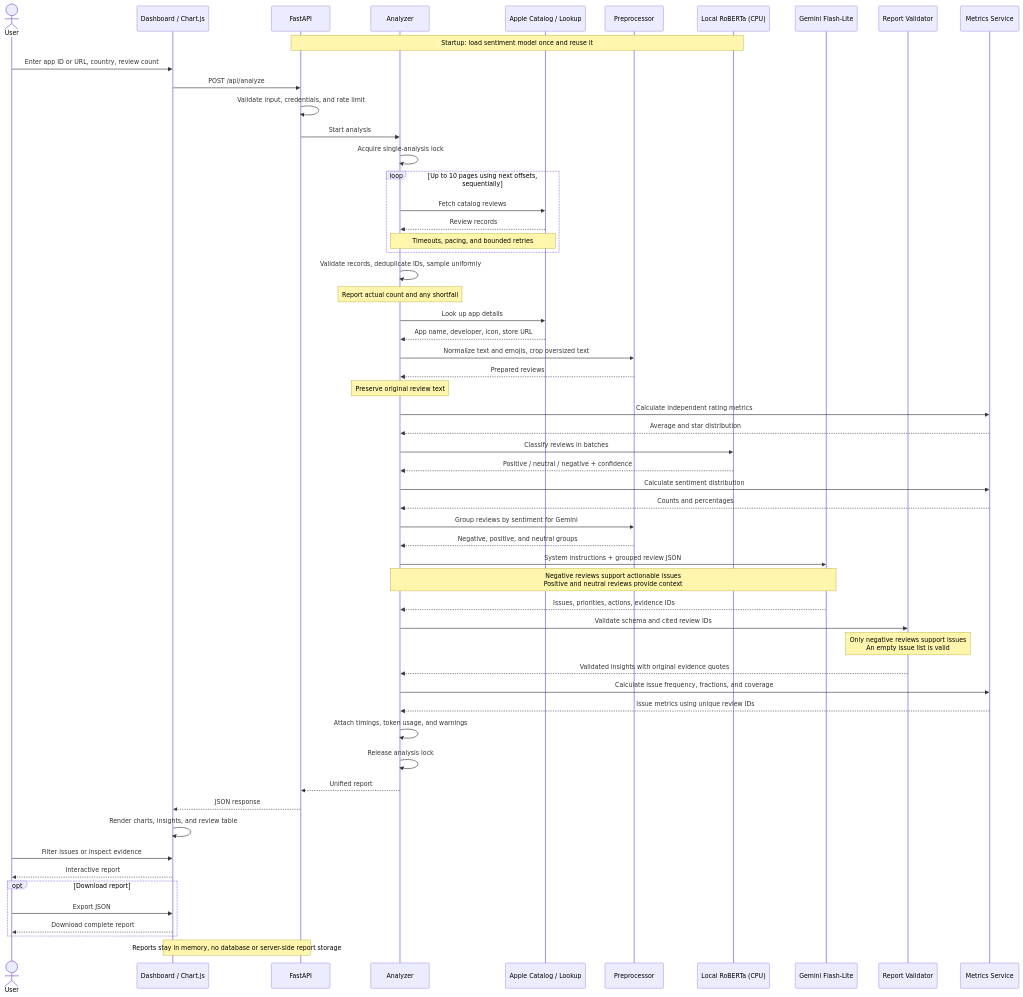
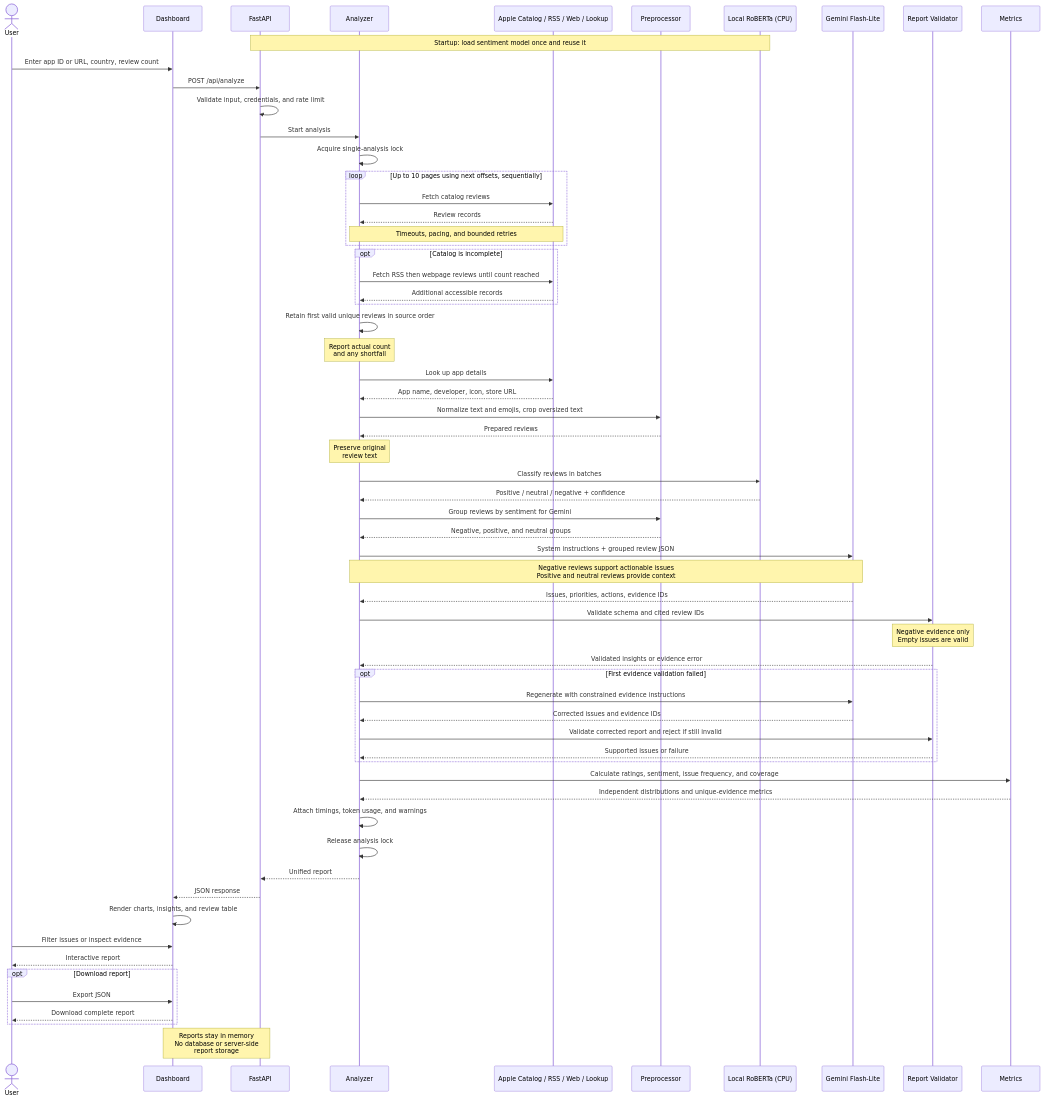
Before and after one commit to Qizix/as-review-analizator: the diagram in docs/sequence.mmd, drawn with Mermaid. The commit also changed 19 other files, not shown here.

```diff
--- a/docs/sequence.mmd
+++ b/docs/sequence.mmd
@@ -1,63 +1,69 @@
 sequenceDiagram
     actor User
-    participant UI as Dashboard / Chart.js
+    participant UI as Dashboard
     participant API as FastAPI
     participant Pipeline as Analyzer
-    participant Apple as Apple Catalog / Lookup
+    participant Apple as Apple Catalog / RSS / Web / Lookup
     participant Prep as Preprocessor
     participant Sentiment as Local RoBERTa (CPU)
     participant Gemini as Gemini Flash-Lite
     participant Validator as Report Validator
-    participant Metrics as Metrics Service
+    participant Metrics as Metrics
 
     Note over API,Sentiment: Startup: load sentiment model once and reuse it
     User->>UI: Enter app ID or URL, country, review count
     UI->>API: POST /api/analyze
     API->>API: Validate input, credentials, and rate limit
     API->>Pipeline: Start analysis
     Pipeline->>Pipeline: Acquire single-analysis lock
 
     loop Up to 10 pages using next offsets, sequentially
         Pipeline->>Apple: Fetch catalog reviews
         Apple-->>Pipeline: Review records
         Note over Pipeline,Apple: Timeouts, pacing, and bounded retries
     end
-    Pipeline->>Pipeline: Validate records, deduplicate IDs, sample uniformly
-    Note over Pipeline: Report actual count and any shortfall
+    opt Catalog is incomplete
+        Pipeline->>Apple: Fetch RSS then webpage reviews until count reached
+        Apple-->>Pipeline: Additional accessible records
+    end
+    Pipeline->>Pipeline: Retain first valid unique reviews in source order
+    Note over Pipeline: Report actual count<br/>and any shortfall
     Pipeline->>Apple: Look up app details
     Apple-->>Pipeline: App name, developer, icon, store URL
 
     Pipeline->>Prep: Normalize text and emojis, crop oversized text
     Prep-->>Pipeline: Prepared reviews
-    Note over Pipeline: Preserve original review text
-    Pipeline->>Metrics: Calculate independent rating metrics
-    Metrics-->>Pipeline: Average and star distribution
+    Note over Pipeline: Preserve original<br/>review text
     Pipeline->>Sentiment: Classify reviews in batches
     Sentiment-->>Pipeline: Positive / neutral / negative + confidence
-    Pipeline->>Metrics: Calculate sentiment distribution
-    Metrics-->>Pipeline: Counts and percentages
 
     Pipeline->>Prep: Group reviews by sentiment for Gemini
     Prep-->>Pipeline: Negative, positive, and neutral groups
     Pipeline->>Gemini: System instructions + grouped review JSON
     Note over Pipeline,Gemini: Negative reviews support actionable issues<br/>Positive and neutral reviews provide context
     Gemini-->>Pipeline: Issues, priorities, actions, evidence IDs
     Pipeline->>Validator: Validate schema and cited review IDs
-    Note over Validator: Only negative reviews support issues<br/>An empty issue list is valid
-    Validator-->>Pipeline: Validated insights with original evidence quotes
-    Pipeline->>Metrics: Calculate issue frequency, fractions, and coverage
-    Metrics-->>Pipeline: Issue metrics using unique review IDs
+    Note over Validator: Negative evidence only<br/>Empty issues are valid
+    Validator-->>Pipeline: Validated insights or evidence error
+    opt First evidence validation failed
+        Pipeline->>Gemini: Regenerate with constrained evidence instructions
+        Gemini-->>Pipeline: Corrected issues and evidence IDs
+        Pipeline->>Validator: Validate corrected report and reject if still invalid
+        Validator-->>Pipeline: Supported issues or failure
+    end
+    Pipeline->>Metrics: Calculate ratings, sentiment, issue frequency, and coverage
+    Metrics-->>Pipeline: Independent distributions and unique-evidence metrics
 
     Pipeline->>Pipeline: Attach timings, token usage, and warnings
     Pipeline->>Pipeline: Release analysis lock
     Pipeline-->>API: Unified report
     API-->>UI: JSON response
     UI->>UI: Render charts, insights, and review table
     User->>UI: Filter issues or inspect evidence
     UI-->>User: Interactive report
 
     opt Download report
         User->>UI: Export JSON
         UI-->>User: Download complete report
     end
-    Note over UI,API: Reports stay in memory, no database or server-side report storage
+    Note over UI,API: Reports stay in memory<br/>No database or server-side<br/>report storage
```
